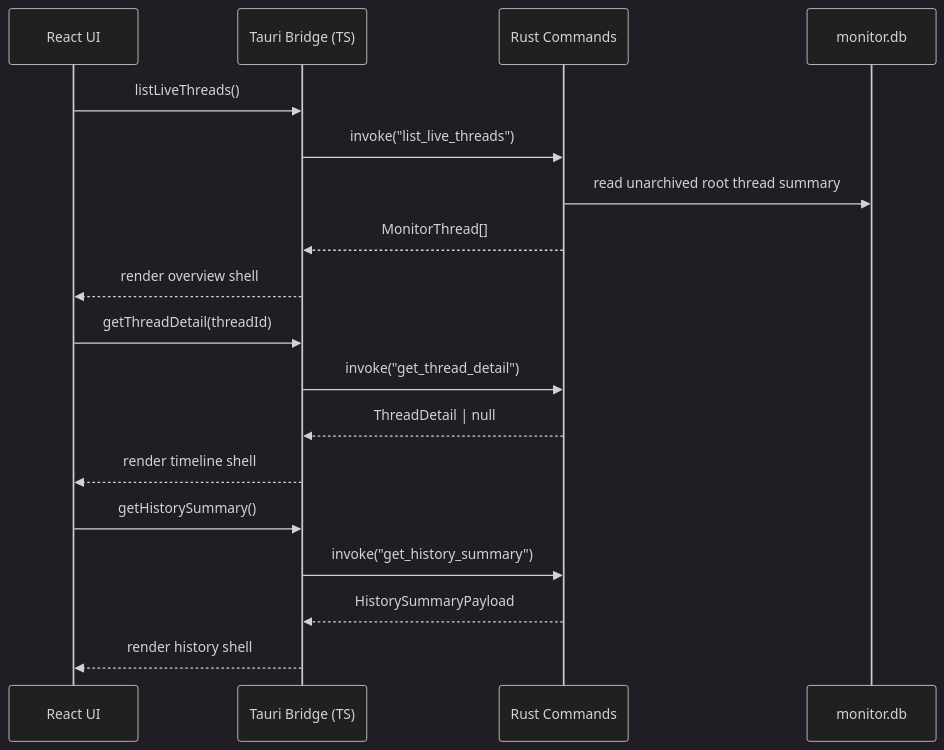
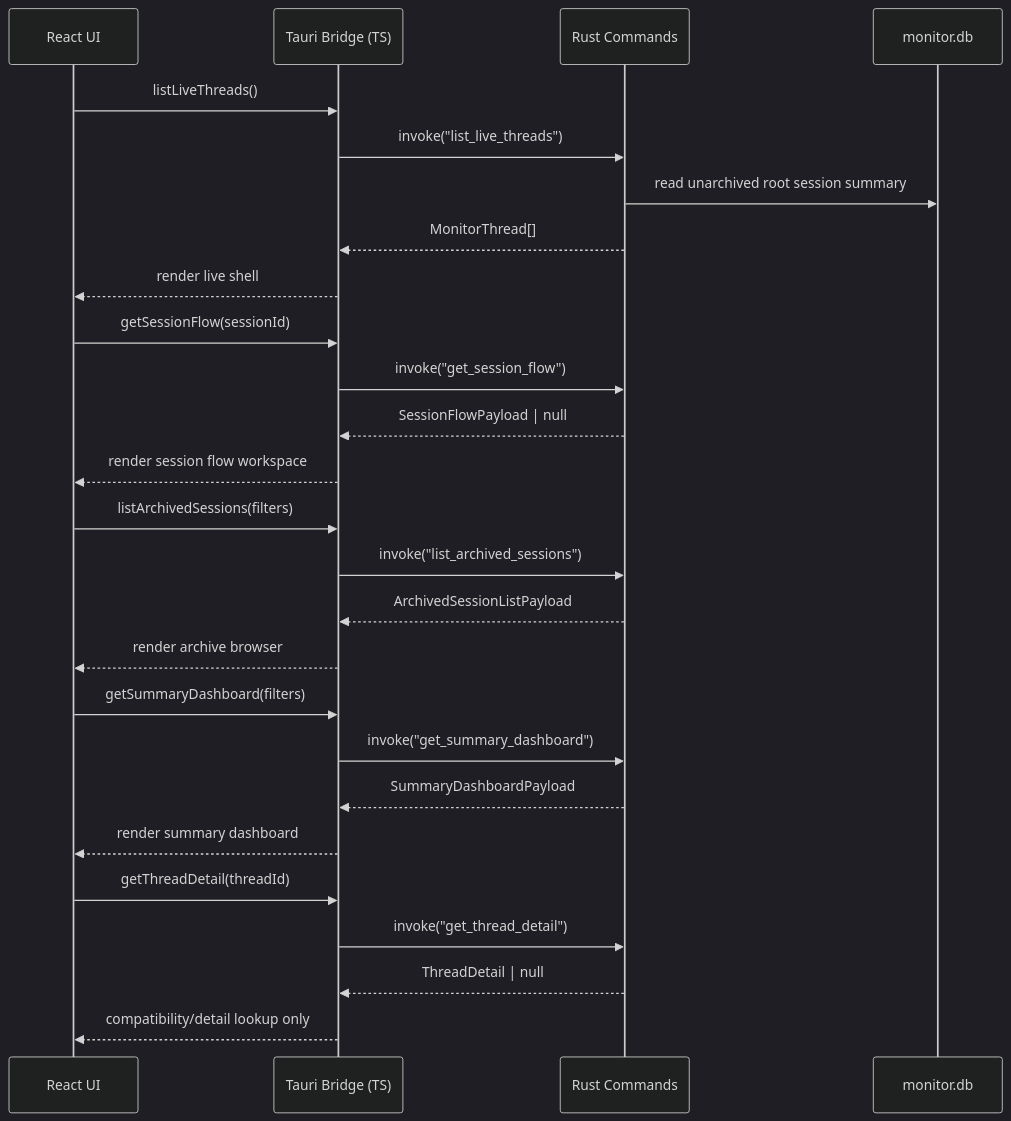
Before and after one commit to gihwan-dev/codex-multi-agents-monitor: the third of 3 diagrams in docs/architecture.md, drawn with Mermaid (dark theme). The commit also changed other lines of this file and 2 other files, not shown here.

Commit message:
docs(architecture): session naming baseline 고정

````diff
--- a/docs/architecture.md
+++ b/docs/architecture.md
@@ -29,23 +37,33 @@
 ```mermaid
 sequenceDiagram
     participant UI as React UI
     participant Bridge as Tauri Bridge (TS)
     participant Cmd as Rust Commands
     participant DB as monitor.db
 
     UI->>Bridge: listLiveThreads()
     Bridge->>Cmd: invoke("list_live_threads")
-    Cmd->>DB: read unarchived root thread summary
+    Cmd->>DB: read unarchived root session summary
     Cmd-->>Bridge: MonitorThread[]
-    Bridge-->>UI: render overview shell
+    Bridge-->>UI: render live shell
+
+    UI->>Bridge: getSessionFlow(sessionId)
+    Bridge->>Cmd: invoke("get_session_flow")
+    Cmd-->>Bridge: SessionFlowPayload | null
+    Bridge-->>UI: render session flow workspace
+
+    UI->>Bridge: listArchivedSessions(filters)
+    Bridge->>Cmd: invoke("list_archived_sessions")
+    Cmd-->>Bridge: ArchivedSessionListPayload
+    Bridge-->>UI: render archive browser
+
+    UI->>Bridge: getSummaryDashboard(filters)
+    Bridge->>Cmd: invoke("get_summary_dashboard")
+    Cmd-->>Bridge: SummaryDashboardPayload
+    Bridge-->>UI: render summary dashboard
 
     UI->>Bridge: getThreadDetail(threadId)
     Bridge->>Cmd: invoke("get_thread_detail")
     Cmd-->>Bridge: ThreadDetail | null
-    Bridge-->>UI: render timeline shell
-
-    UI->>Bridge: getHistorySummary()
-    Bridge->>Cmd: invoke("get_history_summary")
-    Cmd-->>Bridge: HistorySummaryPayload
-    Bridge-->>UI: render history shell
+    Bridge-->>UI: compatibility/detail lookup only
 ```
````
